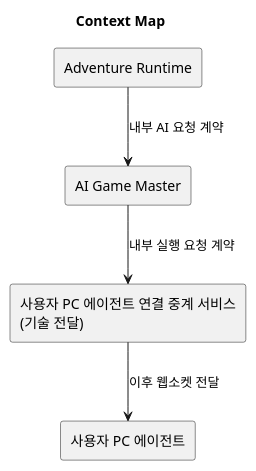
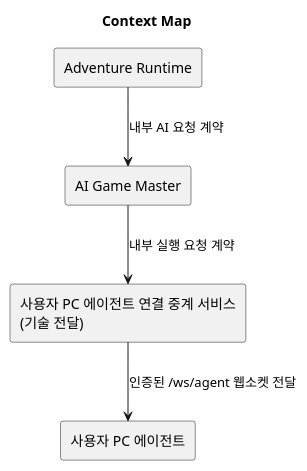
The second of 8 diagrams in docs/specs/remote-codex-agent-port/architecture-spec.md (omegafrog/dnd-master), drawn with PlantUML before and after one commit. The commit also changed other lines of this file and 13 other files, not shown here.

Commit message:
docs(remote-agent): align specs with implemented relay flow

````diff
--- a/docs/specs/remote-codex-agent-port/architecture-spec.md
+++ b/docs/specs/remote-codex-agent-port/architecture-spec.md
@@ -131,12 +146,12 @@
 ```plantuml
 @startuml
 title Context Map
 rectangle "Adventure Runtime" as adventure
 rectangle "AI Game Master" as gm
 rectangle "사용자 PC 에이전트 연결 중계 서비스\n(기술 전달)" as relay
 rectangle "사용자 PC 에이전트" as agent
 adventure --> gm : 내부 AI 요청 계약
 gm --> relay : 내부 실행 요청 계약
-relay --> agent : 이후 웹소켓 전달
+relay --> agent : 인증된 /ws/agent 웹소켓 전달
 @enduml
 ```
````
